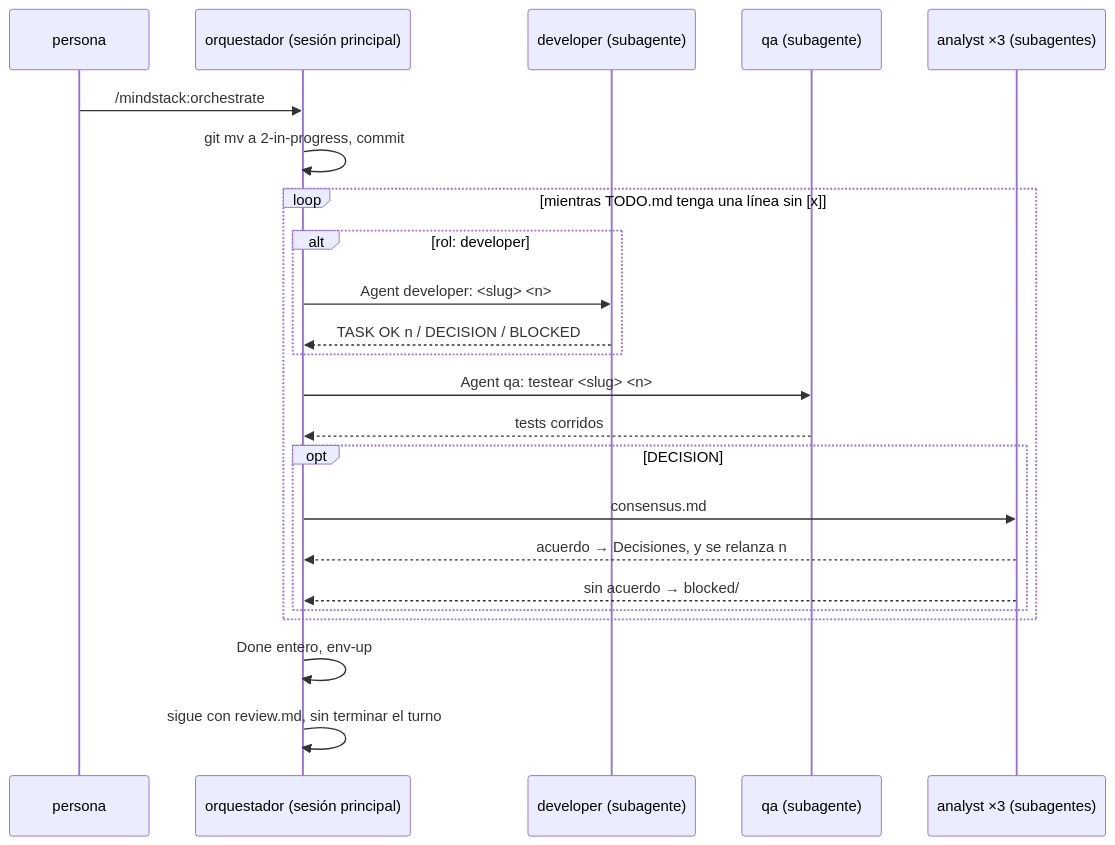
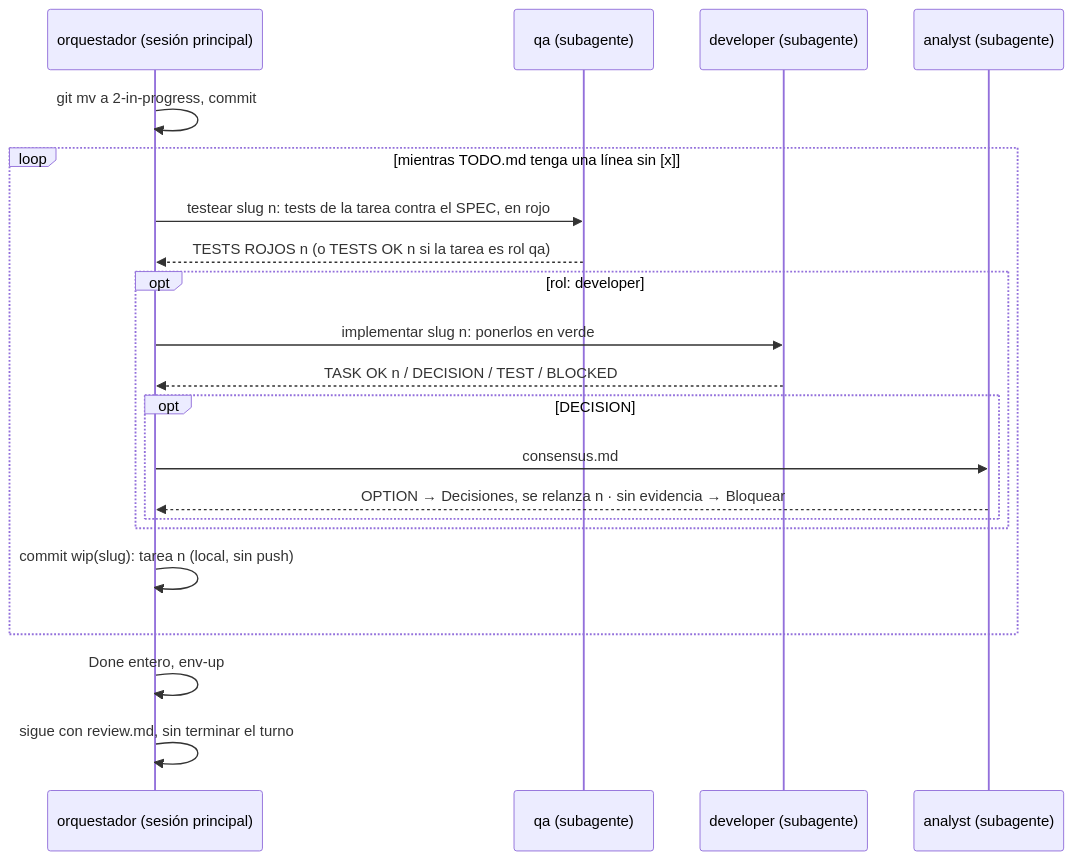
The diagram in skills/workflow/references/implement.md (octavio-parozlabs/mindstack), drawn with Mermaid before and after one commit. The commit also changed other lines of this file and 63 other files, not shown here.

````diff
--- a/skills/workflow/references/implement.md
+++ b/skills/workflow/references/implement.md
@@ -5,25 +5,23 @@
 ```mermaid
 sequenceDiagram
-    participant P as persona
     participant O as orquestador (sesión principal)
+    participant Q as qa (subagente)
     participant D as developer (subagente)
-    participant Q as qa (subagente)
-    participant A as analyst ×3 (subagentes)
-    P->>O: /mindstack:orchestrate
+    participant A as analyst (subagente)
     O->>O: git mv a 2-in-progress, commit
     loop mientras TODO.md tenga una línea sin [x]
-        alt rol: developer
-            O->>D: Agent developer: <slug> <n>
-            D-->>O: TASK OK n / DECISION / BLOCKED
+        O->>Q: testear slug n: tests de la tarea contra el SPEC, en rojo
+        Q-->>O: TESTS ROJOS n (o TESTS OK n si la tarea es rol qa)
+        opt rol: developer
+            O->>D: implementar slug n: ponerlos en verde
+            D-->>O: TASK OK n / DECISION / TEST / BLOCKED
+            opt DECISION
+                O->>A: consensus.md
+                A-->>O: OPTION → Decisiones, se relanza n · sin evidencia → Bloquear
+            end
         end
-        O->>Q: Agent qa: testear <slug> <n>
-        Q-->>O: tests corridos
-        opt DECISION
-            O->>A: consensus.md
-            A-->>O: acuerdo → Decisiones, y se relanza n
-            A-->>O: sin acuerdo → blocked/
-        end
+        O->>O: commit wip(slug): tarea n (local, sin push)
     end
     O->>O: Done entero, env-up
     O->>O: sigue con review.md, sin terminar el turno
 ```
````
